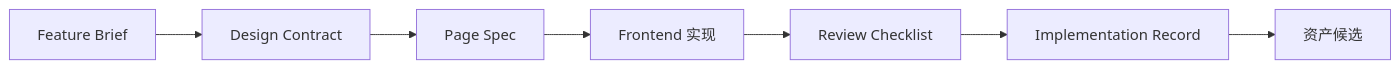
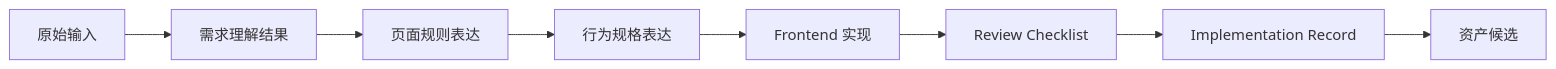
Before and after one commit to clarence1026/Spec-Driven-Development: the diagram in docs/12-首个试点页面执行包模板.md, drawn with Mermaid. The commit also changed other lines of this file and 16 other files, not shown here.

````diff
--- a/docs/12-首个试点页面执行包模板.md
+++ b/docs/12-首个试点页面执行包模板.md
@@ -332,9 +134,10 @@
 ```mermaid
 flowchart LR
-    A[Feature Brief] --> B[Design Contract]
-    B --> C[Page Spec]
-    C --> D[Frontend 实现]
-    D --> E[Review Checklist]
-    E --> F[Implementation Record]
-    F --> G[资产候选]
+    A[原始输入] --> B[需求理解结果]
+    B --> C[页面规则表达]
+    C --> D[行为规格表达]
+    D --> E[Frontend 实现]
+    E --> F[Review Checklist]
+    F --> G[Implementation Record]
+    G --> H[资产候选]
 ```
````
